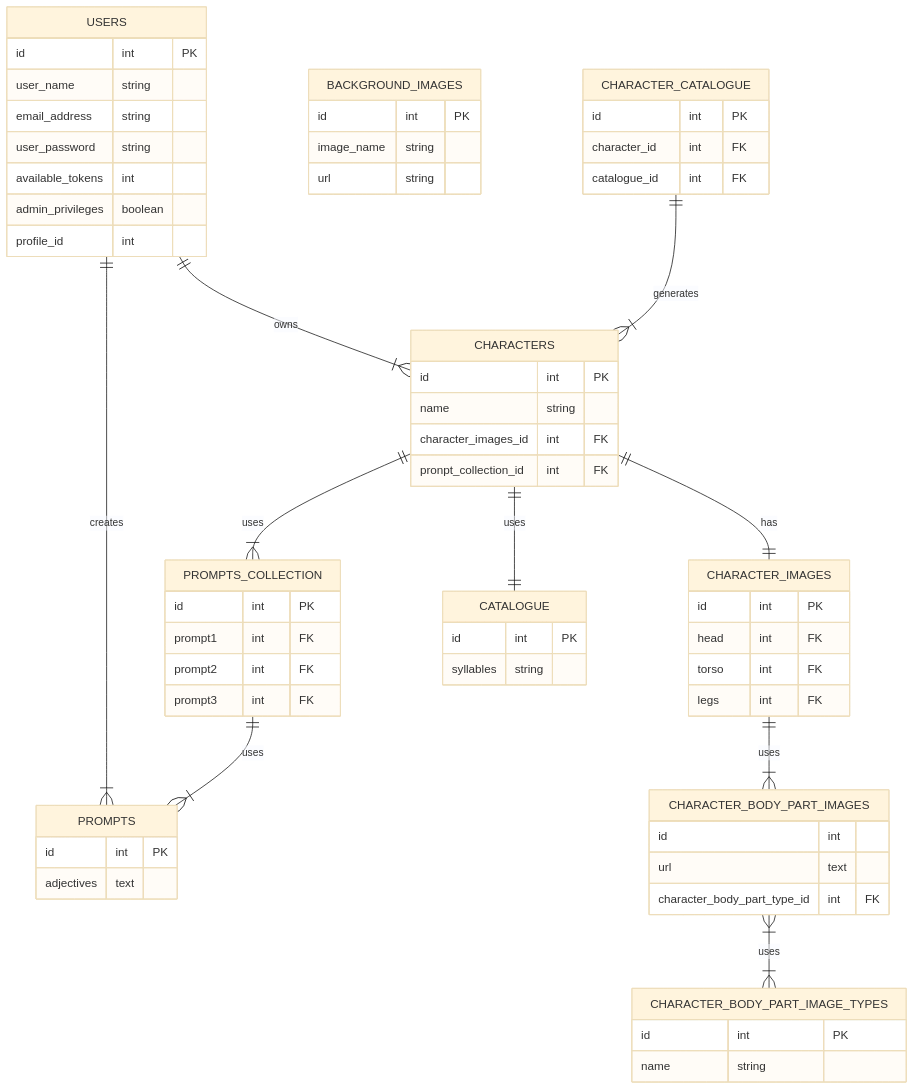
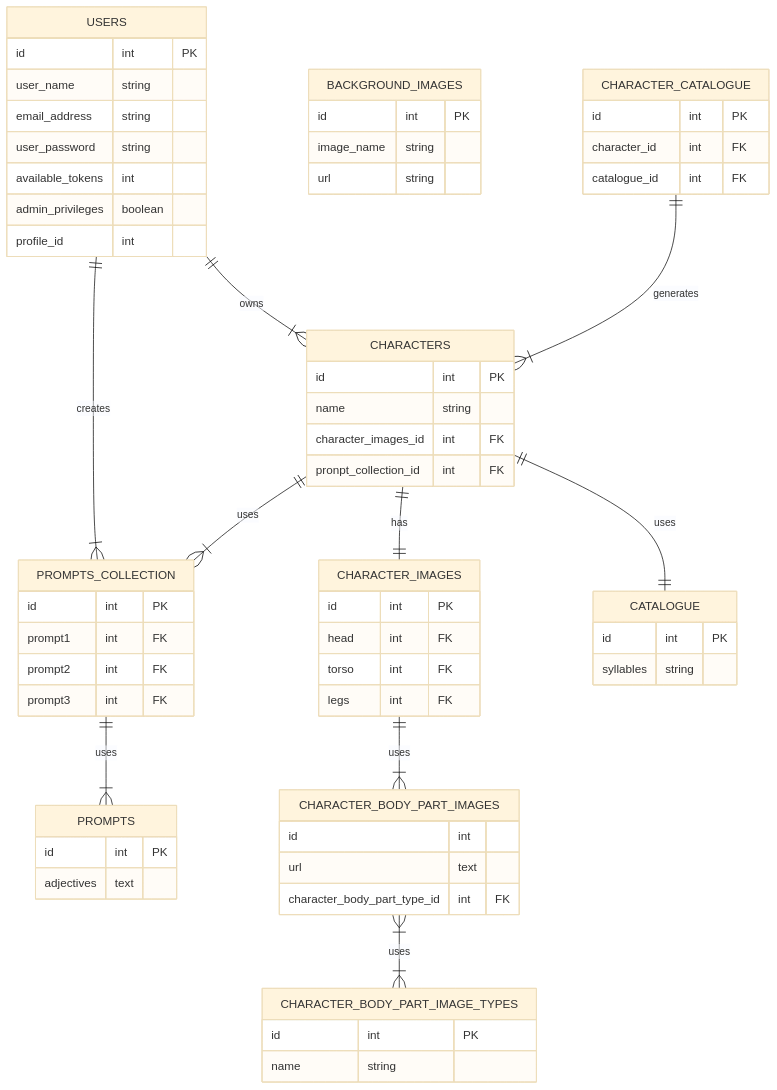
One commit to Wren00/create-an-orc changed the second of 2 diagrams in README.md. Above: the diagram before and after it, drawn with Mermaid (base theme).

````diff
--- a/README.md
+++ b/README.md
@@ -68,68 +68,68 @@
 ```mermaid
 erDiagram
 direction TB
 USERS {
 	id int PK
 	user_name string
 	email_address string
 	user_password string
 	available_tokens int
 	admin_privileges boolean 
 	profile_id int
 }
 PROMPTS {
  	id int PK
 	adjectives text
 }
 PROMPTS_COLLECTION {
 	id int PK
 	prompt1 int FK
 	prompt2 int FK
 	prompt3 int FK
 }
 CHARACTERS {
  	id int PK
 	name string
 	character_images_id int FK
 	pronpt_collection_id int FK
 }
 CHARACTER_IMAGES {
 	id int PK
 	head int FK
 	torso int FK
 	legs int FK
 }
 CHARACTER_BODY_PART_IMAGES {
 	id int
 	url text 
 	character_body_part_type_id int FK
 }
 CHARACTER_BODY_PART_IMAGE_TYPES {
 	id int PK
 	name string
 }
 BACKGROUND_IMAGES {
  	id int PK
 	image_name string
 	url string
 }
 CHARACTER_CATALOGUE {
 	id int PK
 	character_id int FK
 	catalogue_id int FK
 }
 CATALOGUE {
     id int PK
     syllables string
 }
-	USERS ||--|{ PROMPTS : creates
+	USERS ||--|{ PROMPTS_COLLECTION : creates
 	USERS ||--|{ CHARACTERS : owns
 	CHARACTERS ||--|{ PROMPTS_COLLECTION : uses
 	CHARACTERS ||--|| CHARACTER_IMAGES : has
 	CHARACTERS ||--|| CATALOGUE : uses
 	CHARACTER_IMAGES ||--|{ CHARACTER_BODY_PART_IMAGES : uses
 	CHARACTER_BODY_PART_IMAGES }|--|{ CHARACTER_BODY_PART_IMAGE_TYPES : uses
 	CHARACTER_CATALOGUE ||--|{ CHARACTERS : generates
 	PROMPTS_COLLECTION ||--|{ PROMPTS : uses
 	
 ```
````
